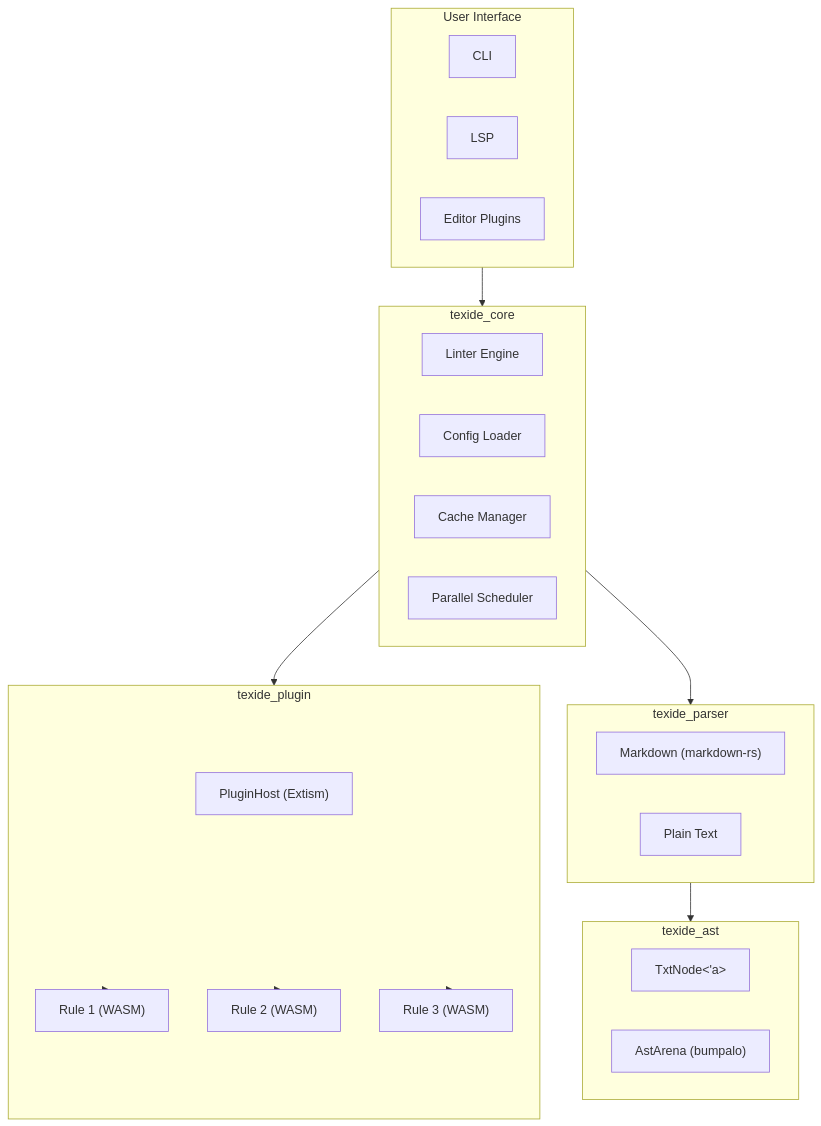
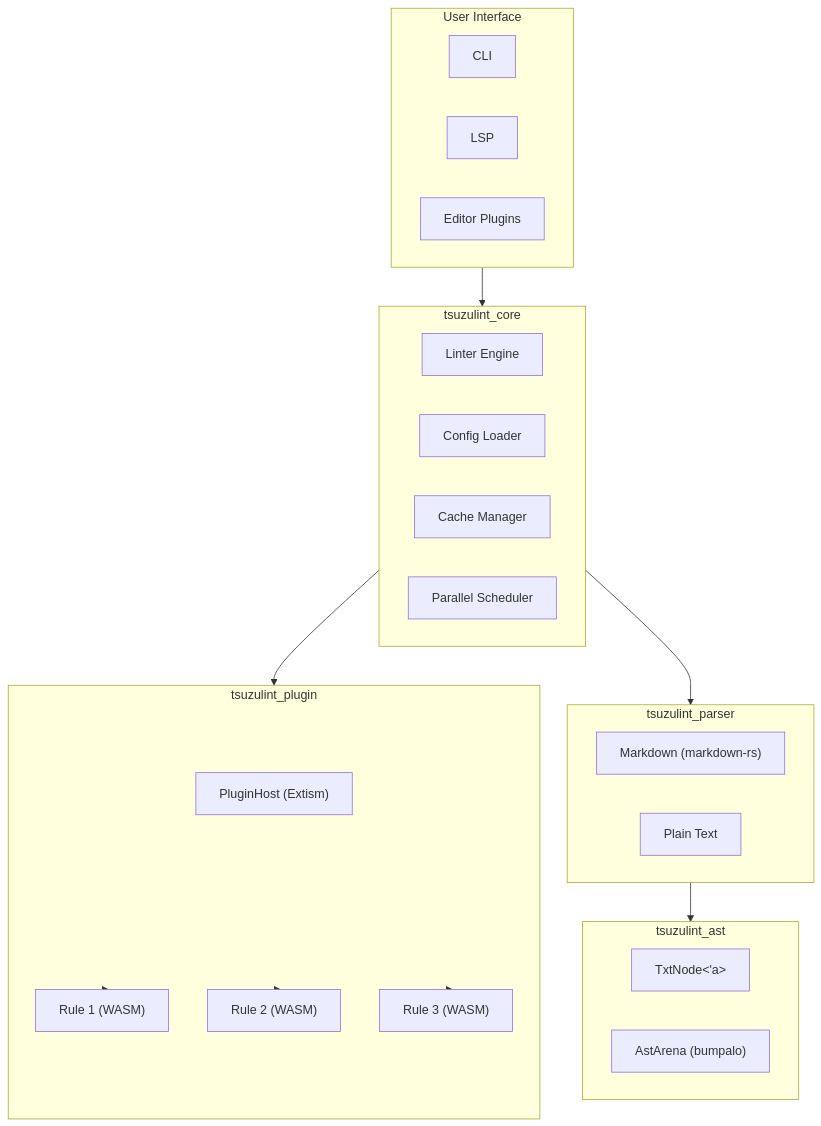
The first of 4 diagrams in docs/architecture.md (simorgh3196/tsuzulint), drawn with Mermaid before and after one commit. The commit also changed other lines of this file and 148 other files, not shown here.

````diff
--- a/docs/architecture.md
+++ b/docs/architecture.md
@@ -7,40 +7,40 @@
 ```mermaid
 graph TB
     subgraph UI["User Interface"]
         CLI["CLI"]
         LSP["LSP"]
         Editor["Editor Plugins"]
     end
 
-    subgraph Core["texide_core"]
+    subgraph Core["tsuzulint_core"]
         Linter["Linter Engine"]
         Config["Config Loader"]
         Cache["Cache Manager"]
         Parallel["Parallel Scheduler"]
     end
 
-    subgraph Parser["texide_parser"]
+    subgraph Parser["tsuzulint_parser"]
         Markdown["Markdown (markdown-rs)"]
         PlainText["Plain Text"]
     end
 
-    subgraph AST["texide_ast"]
+    subgraph AST["tsuzulint_ast"]
         TxtNode["TxtNode<'a>"]
         Arena["AstArena (bumpalo)"]
     end
 
-    subgraph Plugin["texide_plugin"]
+    subgraph Plugin["tsuzulint_plugin"]
         Host["PluginHost (Extism)"]
         Rule1["Rule 1 (WASM)"]
         Rule2["Rule 2 (WASM)"]
         Rule3["Rule 3 (WASM)"]
     end
 
     UI --> Core
     Core --> Parser
     Parser --> AST
     Core --> Plugin
     Plugin --> Rule1
     Plugin --> Rule2
     Plugin --> Rule3
 ```
````
